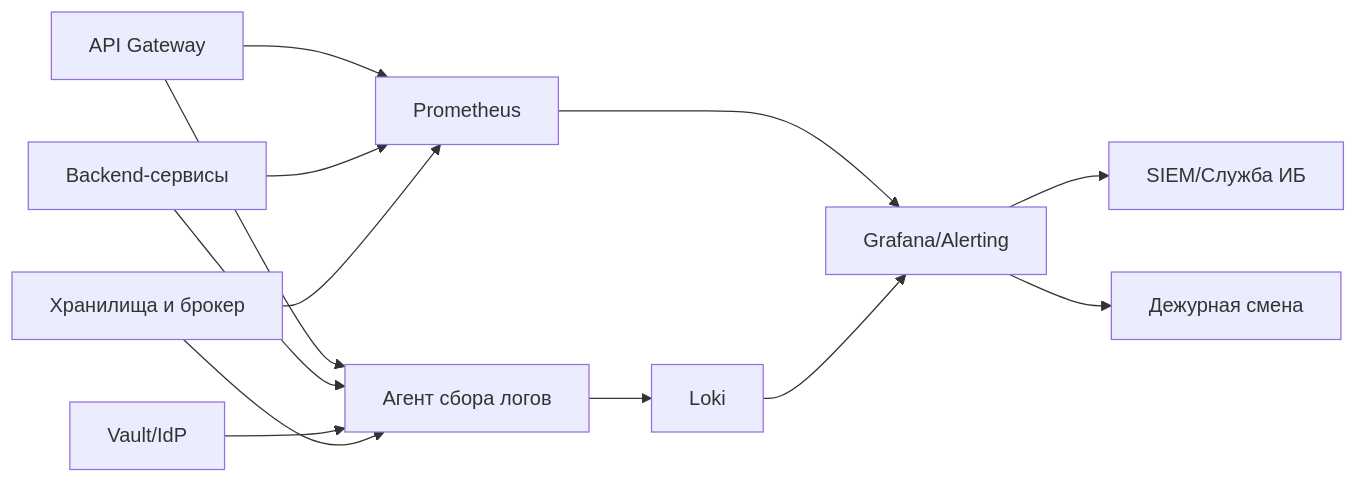
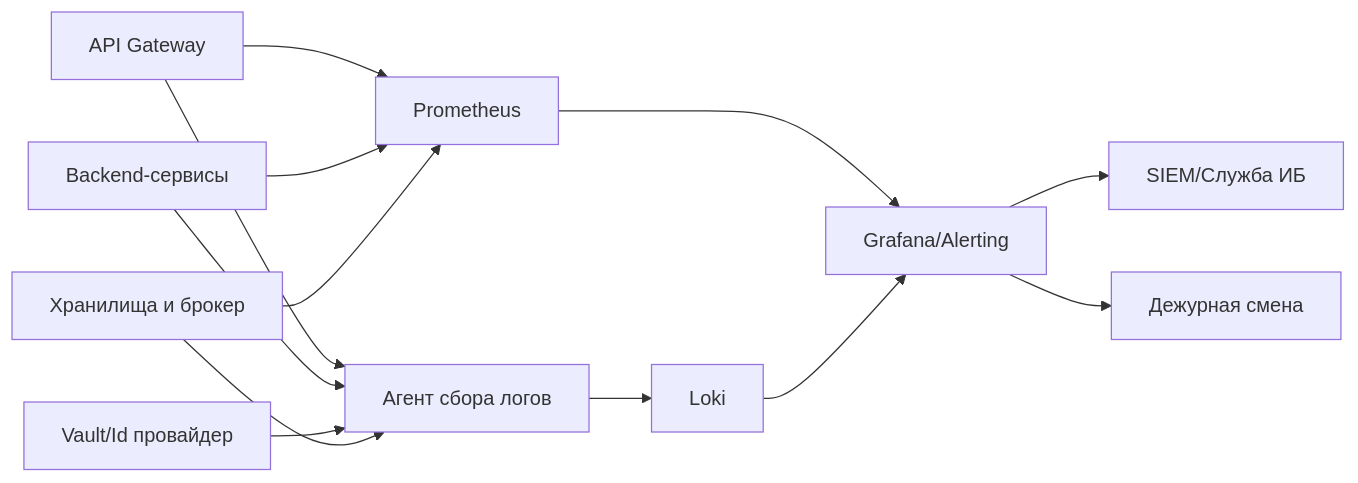
One commit to Trump68/infra changed the eighth of 19 diagrams in TZ/1.Пояснительная записка к техническому проекту.md. Above: the diagram before and after it, drawn with Mermaid. The commit also changed other lines of this file and 1 other file, not shown here.

First line of the commit message:
docs: refine Фармадок architecture documentation with updated terminology and participant names

````diff
--- a/TZ/1.Пояснительная записка к техническому проекту.md
+++ b/TZ/1.Пояснительная записка к техническому проекту.md
@@ -997,22 +1013,22 @@
 ```mermaid
 flowchart LR
   src1["API Gateway"]
   src2["Backend-сервисы"]
-  src3["Vault/IdP"]
+  src3["Vault/Id провайдер"]
   src4["Хранилища и брокер"]
 
   src1 --> logAgent["Агент сбора логов"]
   src2 --> logAgent
   src3 --> logAgent
   src4 --> logAgent
 
   logAgent --> loki["Loki"]
   src1 --> metrics["Prometheus"]
   src2 --> metrics
   src4 --> metrics
 
   metrics --> grafana["Grafana/Alerting"]
   loki --> grafana
   grafana --> siem["SIEM/Служба ИБ"]
   grafana --> duty["Дежурная смена"]
 ```
````
